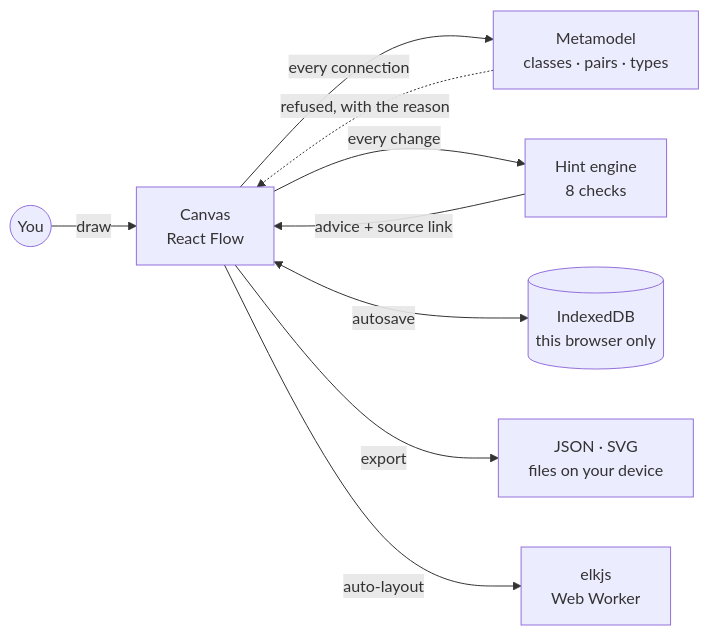
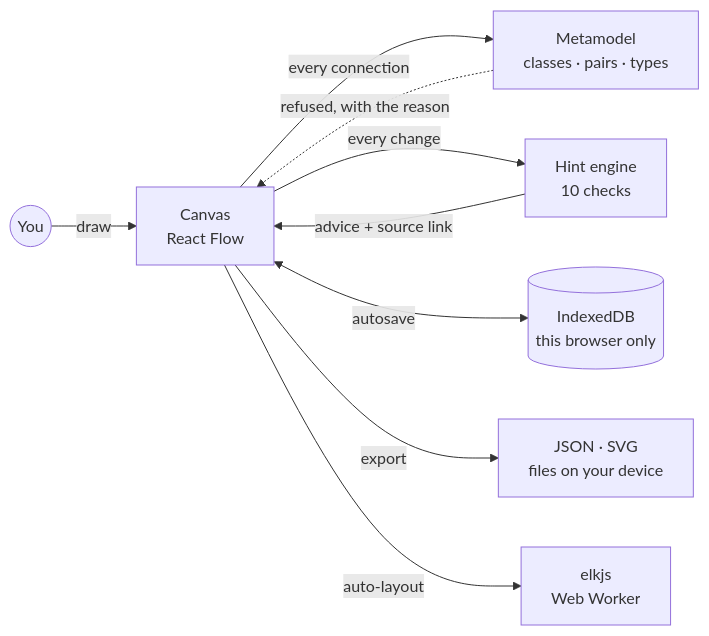
The diagram in README.md (solventarchitect/blueprint-modeler), drawn with Mermaid before and after one commit. The commit also changed other lines of this file and 15 other files, not shown here.

````diff
--- a/README.md
+++ b/README.md
@@ -53,11 +53,11 @@
 ```mermaid
 flowchart LR
   you(("You")) -->|draw| canvas["Canvas<br/>React Flow"]
   canvas -->|every connection| meta["Metamodel<br/>classes · pairs · types"]
   meta -.->|refused, with the reason| canvas
-  canvas -->|every change| hints["Hint engine<br/>8 checks"]
+  canvas -->|every change| hints["Hint engine<br/>10 checks"]
   hints -->|advice + source link| canvas
   canvas <-->|autosave| idb[("IndexedDB<br/>this browser only")]
   canvas -->|export| files["JSON · SVG<br/>files on your device"]
   canvas -->|auto-layout| worker["elkjs<br/>Web Worker"]
 ```
````
